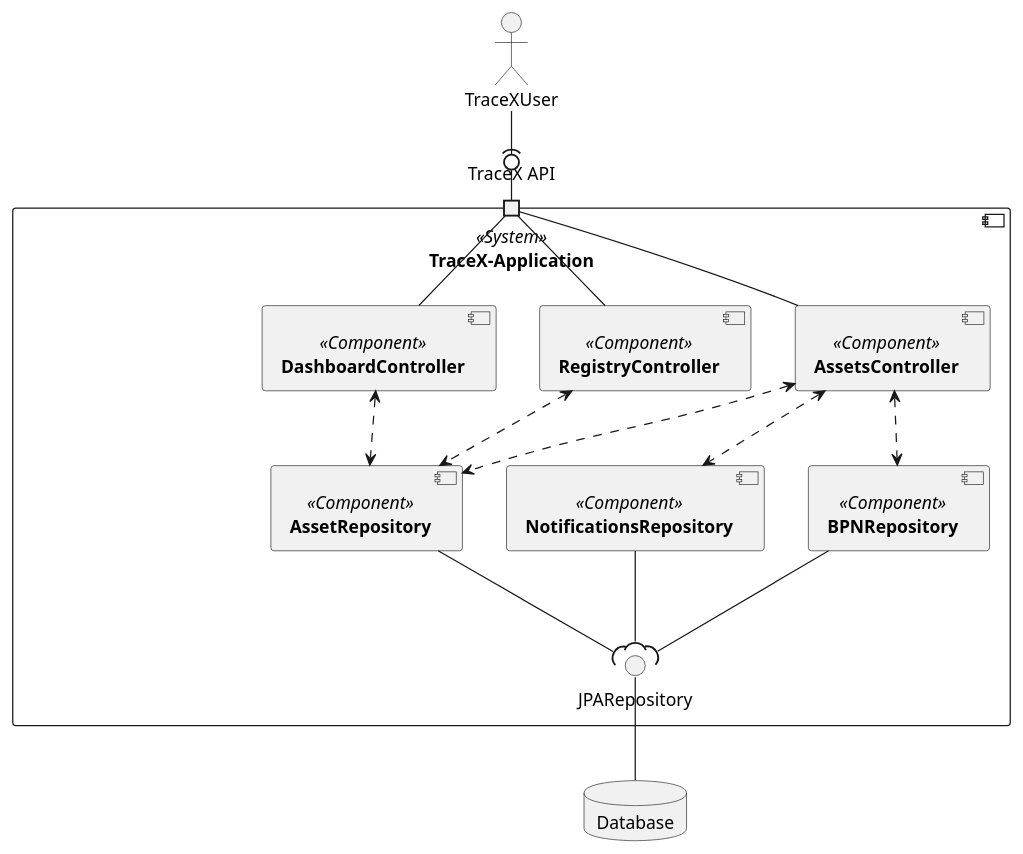
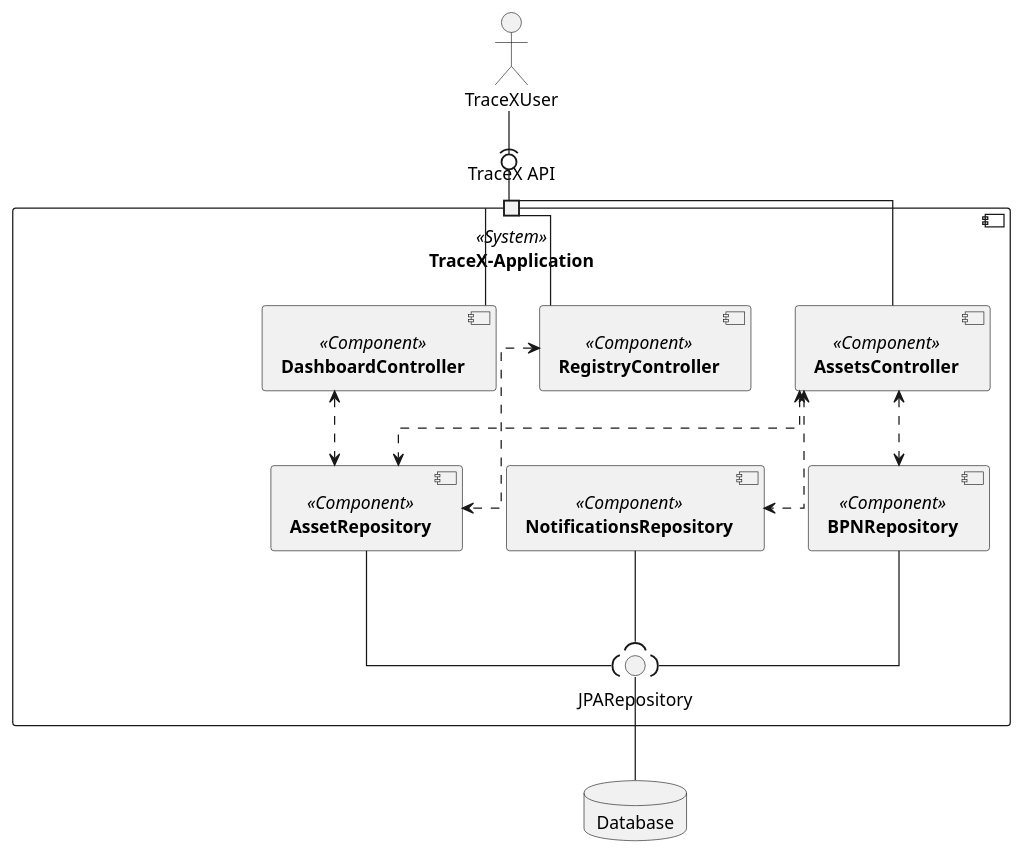
One commit to eclipse-tractusx/traceability-foss changed the diagram in docs/src/uml-diagrams/arc42/building-block-view/building-block-view.puml. Above: the diagram before and after it, drawn with PlantUML. The commit also changed 3 other files, not shown here.

Commit message:
chore(uml):[TRACEFOSS-1019] refactoring diagrams

```diff
--- a/docs/src/uml-diagrams/arc42/building-block-view/building-block-view.puml
+++ b/docs/src/uml-diagrams/arc42/building-block-view/building-block-view.puml
@@ -1,38 +1,40 @@
 @startuml
 skinparam monochrome true
 skinparam shadowing false
+skinparam defaultFontName "Architects daughter"
+skinparam linetype ortho
 
 component [**TraceX-Application**] <<System>> as TraceX {
     component [**AssetsController**] <<Component>> as AssetsController
     component [**DashboardController**] <<Component>> as DashboardController
     component [**RegistryController**] <<Component>> as RegistryController
 
     component [**AssetRepository**] <<Component>> as AssetRepository
     component [**NotificationsRepository**] <<Component>> as NotificationsRepository
     component [**BPNRepository**] <<Component>> as BPNRepository
 
     port "TraceX API" as API_PORT
 
     () "JPARepository" as StoreInterface
 
     AssetsController <..> AssetRepository
     AssetsController <..> NotificationsRepository
     AssetsController <..> BPNRepository
     DashboardController <..> AssetRepository
     RegistryController <..> AssetRepository
 
     BPNRepository --( StoreInterface
     AssetRepository --( StoreInterface
     NotificationsRepository --( StoreInterface
 }
 
 actor TraceXUser
 TraceXUser -(0- API_PORT
 AssetsController -up- API_PORT
 DashboardController -up- API_PORT
 RegistryController -up- API_PORT
 
 database "Database" as BlobStore
 StoreInterface -down- BlobStore
 
 @enduml
```
